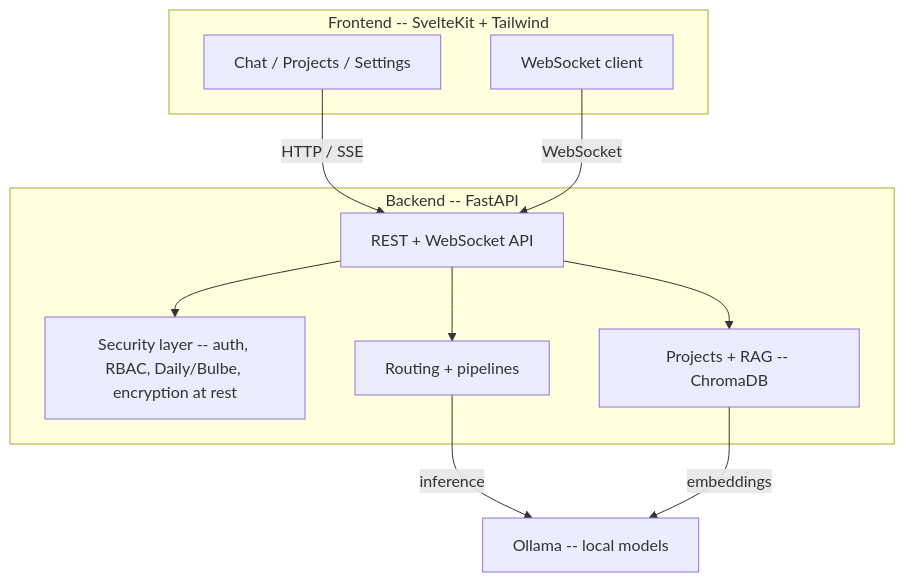
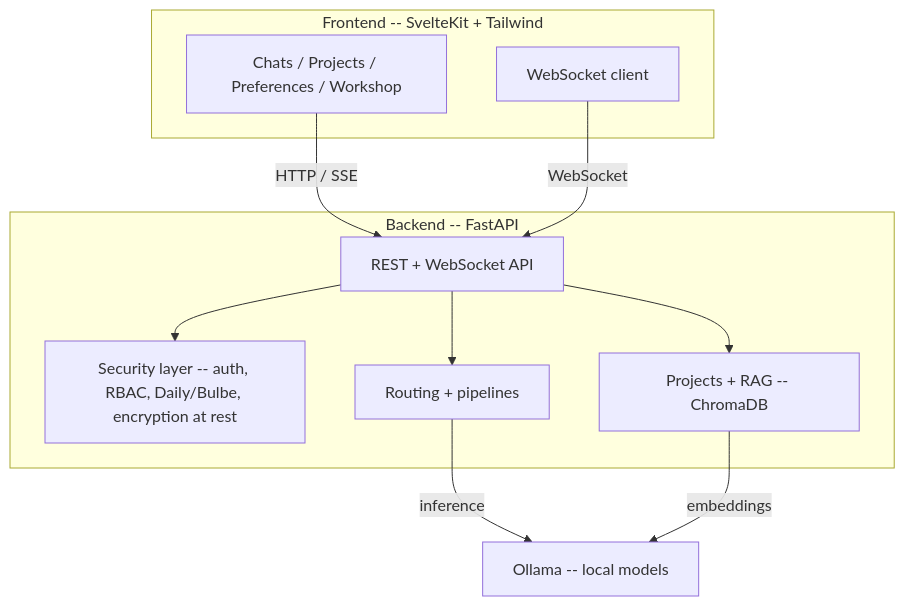
Before and after one commit to AntsAreRad/opti-oignon: the diagram in README.md, drawn with Mermaid. The commit also changed 122 other files, not shown here.

````diff
--- a/README.md
+++ b/README.md
@@ -80,24 +80,24 @@
 ```mermaid
 graph TB
     subgraph Frontend["Frontend -- SvelteKit + Tailwind"]
-        UI[Chat / Projects / Settings]
+        UI[Chats / Projects / Preferences / Workshop]
         WS[WebSocket client]
     end
 
     subgraph Backend["Backend -- FastAPI"]
         API[REST + WebSocket API]
         SEC[Security layer -- auth, RBAC, Daily/Bulbe, encryption at rest]
         RAGB[Projects + RAG -- ChromaDB]
         ROUTE[Routing + pipelines]
     end
 
     OLL[Ollama -- local models]
 
     UI -->|HTTP / SSE| API
     WS -->|WebSocket| API
     API --> SEC
     API --> ROUTE
     API --> RAGB
     ROUTE -->|inference| OLL
     RAGB -->|embeddings| OLL
 ```
````
